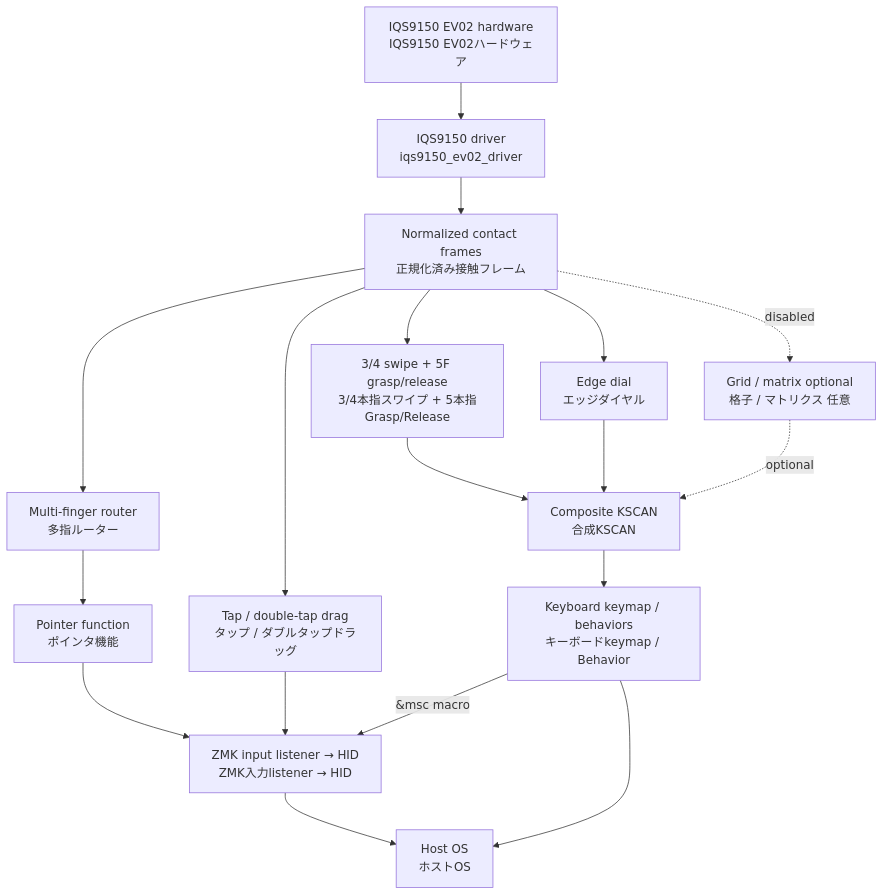
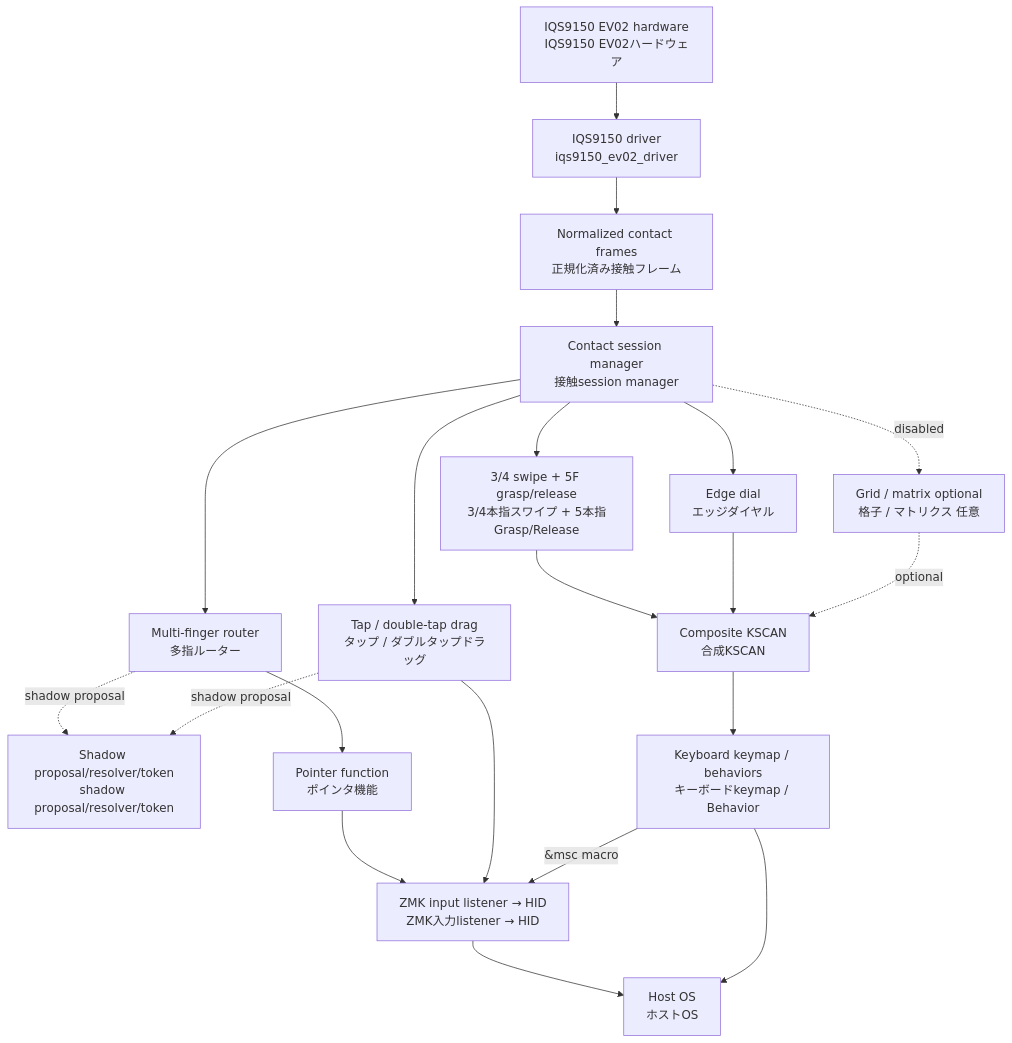
Before and after one commit to taichan1113/zmk-config-travelers_pad: the diagram in docs/architecture-and-tuning.md, drawn with Mermaid. The commit also changed other lines of this file and 9 other files, not shown here.

Commit message:
feat: add shadow contact arbiter core

````diff
--- a/docs/architecture-and-tuning.md
+++ b/docs/architecture-and-tuning.md
@@ -13,29 +13,33 @@
 ```mermaid
 flowchart TD
     HW[IQS9150 EV02 hardware<br/>IQS9150 EV02ハードウェア]
     DRV[IQS9150 driver<br/>iqs9150_ev02_driver]
     RAW[Normalized contact frames<br/>正規化済み接触フレーム]
+    SESSION[Contact session manager<br/>接触session manager]
+    SHADOW[Shadow proposal/resolver/token<br/>shadow proposal/resolver/token]
     ROUTER[Multi-finger router<br/>多指ルーター]
     PTR[Pointer function<br/>ポインタ機能]
     TAP[Tap / double-tap drag<br/>タップ / ダブルタップドラッグ]
     MF[3/4 swipe + 5F grasp/release<br/>3/4本指スワイプ + 5本指Grasp/Release]
     EDGE[Edge dial<br/>エッジダイヤル]
     GRID[Grid / matrix optional<br/>格子 / マトリクス 任意]
     HID[ZMK input listener → HID<br/>ZMK入力listener → HID]
     COMP[Composite KSCAN<br/>合成KSCAN]
     KEYMAP[Keyboard keymap / behaviors<br/>キーボードkeymap / Behavior]
     HOST[Host OS<br/>ホストOS]
 
-    HW --> DRV --> RAW
-    RAW --> ROUTER
-    RAW --> TAP
-    RAW --> MF
-    RAW --> EDGE
-    RAW -. disabled .-> GRID
+    HW --> DRV --> RAW --> SESSION
+    SESSION --> ROUTER
+    SESSION --> TAP
+    SESSION --> MF
+    SESSION --> EDGE
+    SESSION -. disabled .-> GRID
+    ROUTER -. shadow proposal .-> SHADOW
+    TAP -. shadow proposal .-> SHADOW
     ROUTER --> PTR --> HID --> HOST
     TAP --> HID
     MF --> COMP --> KEYMAP --> HOST
     EDGE --> COMP
     GRID -. optional .-> COMP
     KEYMAP -->|&msc macro| HID
 ```
````
